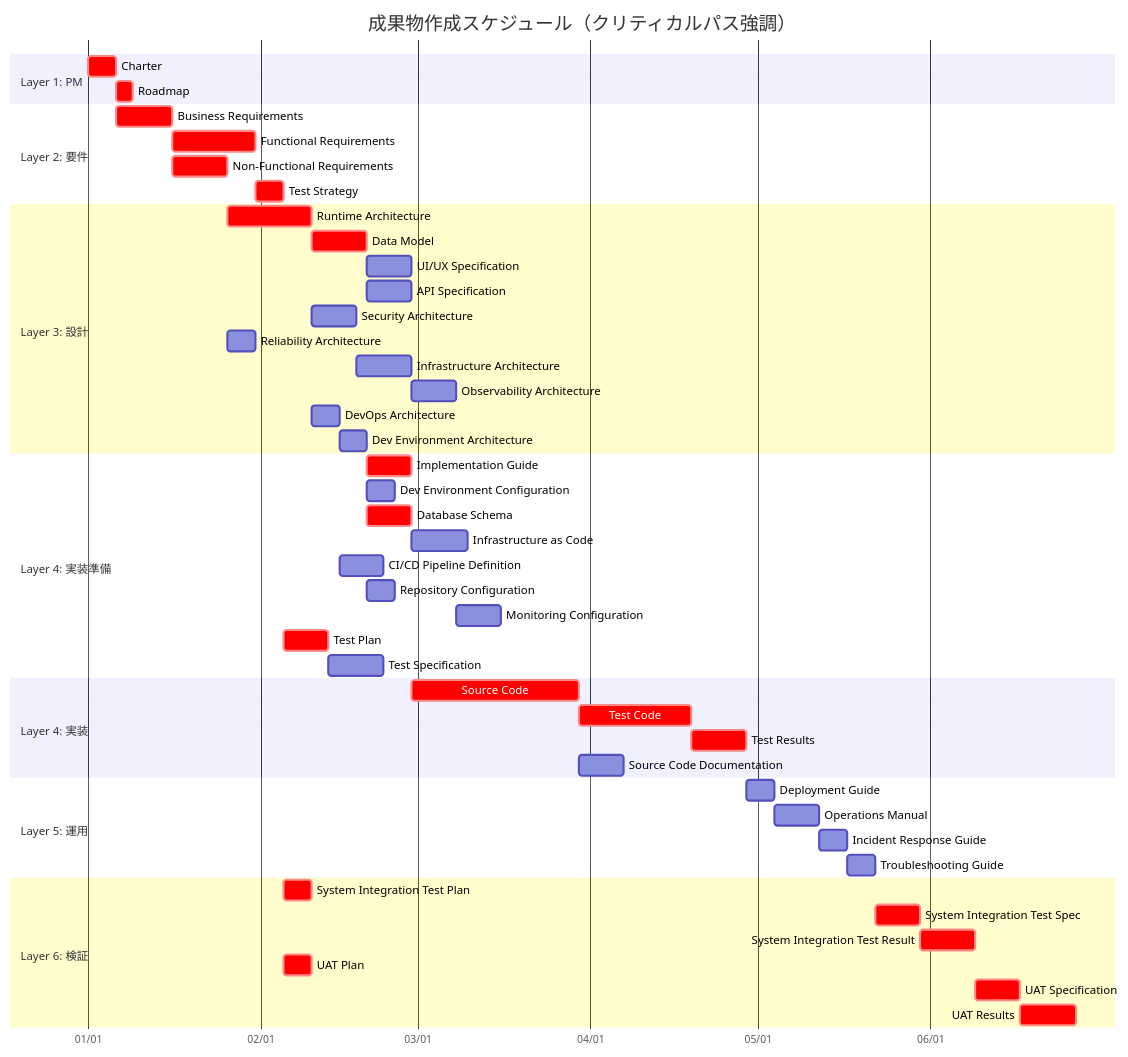
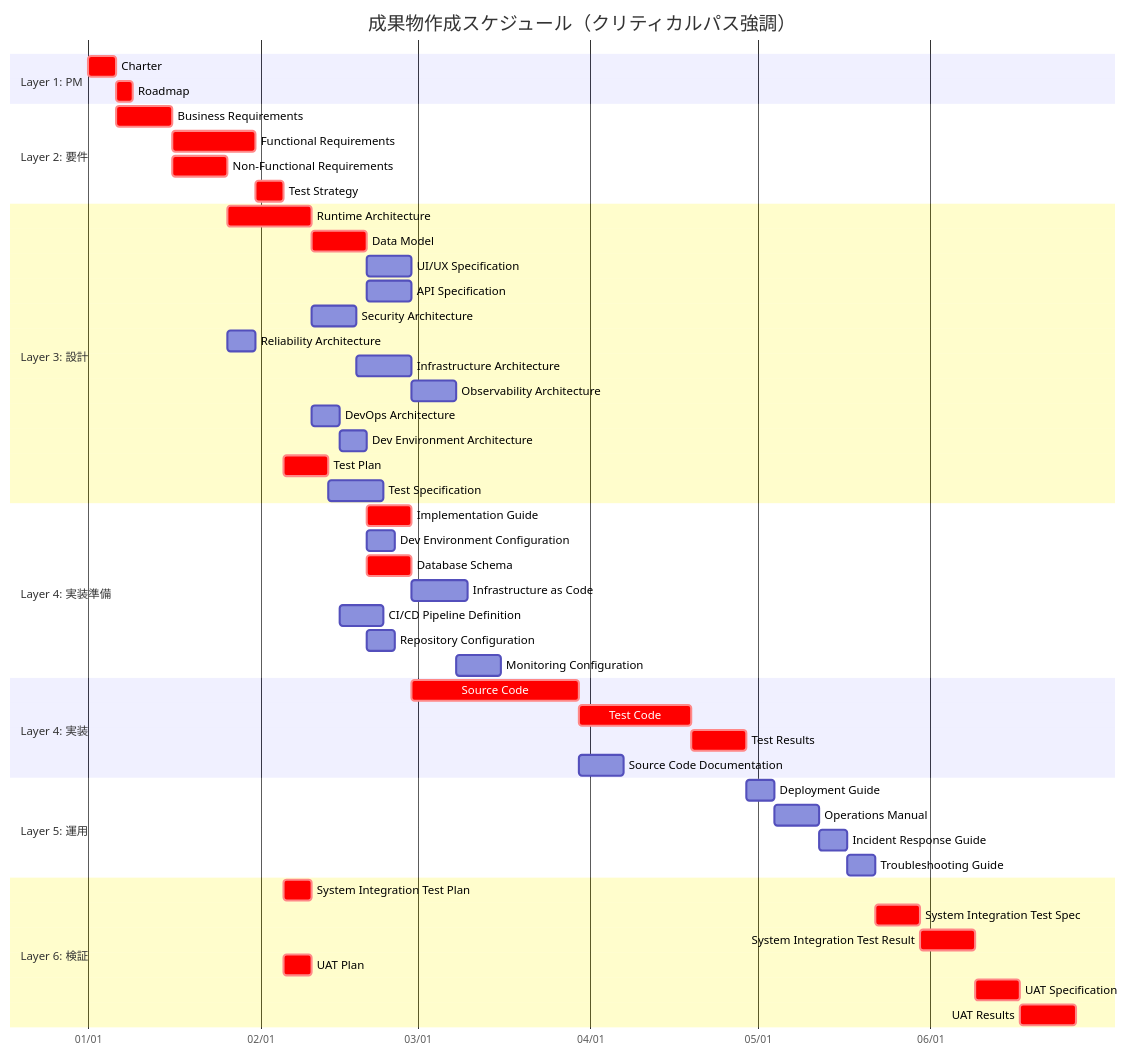
Before and after one commit to mahitotsu/ukiyoue: diagram 14 of 14 in specs/artifact-relationships.md, drawn with Mermaid. The commit also changed other lines of this file and 2 other files, not shown here.

First line of the commit message:
refactor: Test PlanとTest SpecificationをLayer 3に移動

````diff
--- a/specs/artifact-relationships.md
+++ b/specs/artifact-relationships.md
@@ -568,59 +568,59 @@
 ```mermaid
 gantt
     title 成果物作成スケジュール（クリティカルパス強調）
     dateFormat YYYY-MM-DD
     axisFormat %m/%d
 
     section Layer 1: PM
     Charter                       :crit, charter, 2025-01-01, 5d
     Roadmap                       :crit, roadmap, after charter, 3d
 
     section Layer 2: 要件
     Business Requirements         :crit, biz, after charter, 10d
     Functional Requirements       :crit, func, after biz, 15d
     Non-Functional Requirements   :crit, nonfunc, after biz, 10d
     Test Strategy                 :crit, teststrat, after biz func nonfunc, 5d
 
     section Layer 3: 設計
     Runtime Architecture          :crit, runtime, after nonfunc, 15d
     Data Model                    :crit, datamodel, after func runtime, 10d
     UI/UX Specification           :ui, after func datamodel, 8d
     API Specification             :api, after runtime datamodel, 8d
     Security Architecture         :security, after nonfunc runtime, 8d
     Reliability Architecture      :reliability, after nonfunc, 5d
     Infrastructure Architecture   :infra, after reliability runtime security, 10d
     Observability Architecture    :observ, after runtime infra reliability, 8d
     DevOps Architecture           :devops, after runtime, 5d
     Dev Environment Architecture  :devenv, after runtime devops, 5d
+    Test Plan                     :crit, testplan, after teststrat func nonfunc, 8d
+    Test Specification            :testspec, after testplan func, 10d
 
     section Layer 4: 実装準備
     Implementation Guide          :crit, implguide, after runtime security devenv devops, 8d
     Dev Environment Configuration :devenvconf, after devenv, 5d
     Database Schema               :crit, dbschema, after datamodel, 8d
     Infrastructure as Code        :iac, after infra, 10d
     CI/CD Pipeline Definition     :pipeline, after devops, 8d
     Repository Configuration      :repo, after devops devenv, 5d
     Monitoring Configuration      :monitoring, after observ, 8d
-    Test Plan                     :crit, testplan, after teststrat func nonfunc, 8d
-    Test Specification            :testspec, after testplan func, 10d
 
     section Layer 4: 実装
     Source Code                   :crit, code, after func implguide ui api dbschema repo devenvconf, 30d
     Test Code                     :crit, testcode, after testspec code, 20d
     Test Results                  :crit, testresult, after testcode, 10d
     Source Code Documentation     :codedoc, after code, 8d
 
     section Layer 5: 運用
     Deployment Guide              :deploy, after iac pipeline testresult, 5d
     Operations Manual             :manual, after deploy monitoring testresult, 8d
     Incident Response Guide       :incident, after observ manual, 5d
     Troubleshooting Guide         :trouble, after codedoc incident, 5d
 
     section Layer 6: 検証
     System Integration Test Plan  :crit, sitplan, after teststrat func nonfunc, 5d
     System Integration Test Spec  :crit, sitspec, after sitplan func deploy manual incident trouble, 8d
     System Integration Test Result :crit, sitresult, after sitspec, 10d
     UAT Plan                      :crit, uatplan, after teststrat biz func, 5d
     UAT Specification             :crit, uatspec, after uatplan biz func sitresult, 8d
     UAT Results                   :crit, uatresult, after uatspec, 10d
 ```
````
